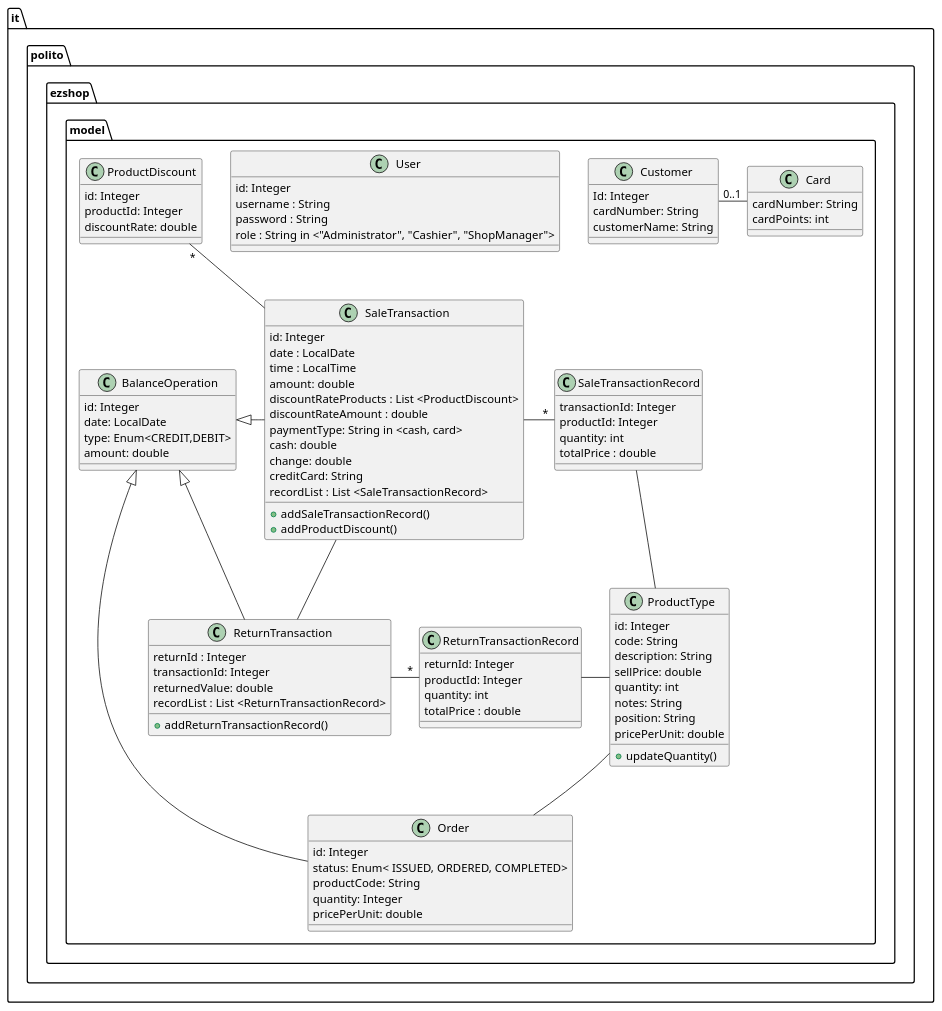
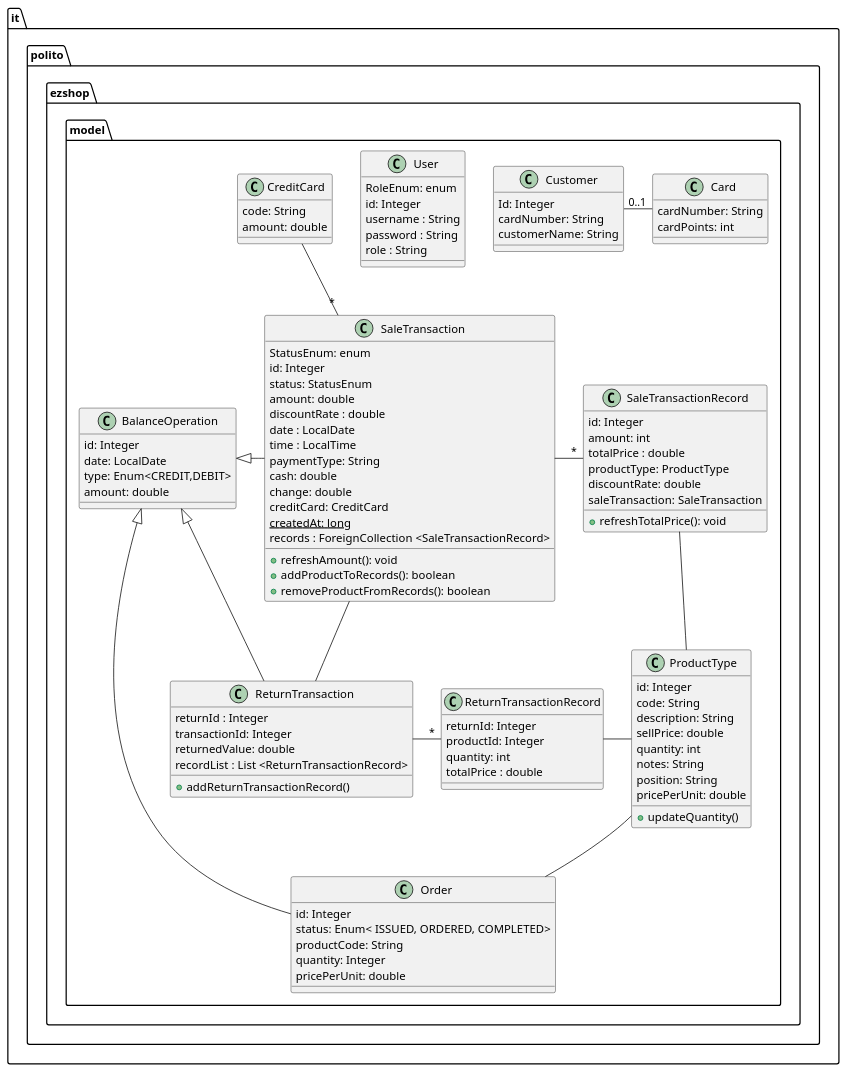
Before and after one commit to paocela/EzShop: the third of 29 diagrams in Deliverables/DesignDocument.md, drawn with PlantUML. The commit also changed other lines of this file, not shown here.

Commit message:
fix(DesignDocument): Updated model design for EZShop, User, SaleTransaction, SaleTransactionRecord. Created model design for CreditCard.

```diff
--- a/Deliverables/DesignDocument.md
+++ b/Deliverables/DesignDocument.md
@@ -165,10 +185,11 @@
 
     }
     class User {
+        RoleEnum: enum
         id: Integer
         username : String   
         password : String
-        role : String in <"Administrator", "Cashier", "ShopManager">
+        role : String
 
     }
     class ProductType {
@@ -185,28 +206,35 @@
 
     }
     class SaleTransaction {
+    
+        StatusEnum: enum
         id: Integer
+        status: StatusEnum
+        amount: double
+        discountRate : double
         date : LocalDate
         time : LocalTime
-        amount: double
-        discountRateProducts : List <ProductDiscount>
-        discountRateAmount : double
-        paymentType: String in <cash, card>
+        paymentType: String
         cash: double
         change: double
-        creditCard: String
-        recordList : List <SaleTransactionRecord>
-        + addSaleTransactionRecord()
-        + addProductDiscount()
+        creditCard: CreditCard
+        {static} createdAt: long
+        records : ForeignCollection <SaleTransactionRecord>
+        + refreshAmount(): void
+        + addProductToRecords(): boolean
+        + removeProductFromRecords(): boolean
 
     }
     class SaleTransactionRecord {
-        transactionId: Integer
-        productId: Integer
-        quantity: int
+        id: Integer
+        amount: int
         totalPrice : double
-
+        productType: ProductType
+        discountRate: double
+        saleTransaction: SaleTransaction
+        + refreshTotalPrice(): void
     }
+    
     class ReturnTransaction {
         returnId : Integer
         transactionId: Integer
@@ -222,12 +250,7 @@
         totalPrice : double
 
     }
-    class ProductDiscount {
-        id: Integer
-        productId: Integer
-        discountRate: double
-
-    }
+   
     class Order {
         id: Integer
         status: Enum< ISSUED, ORDERED, COMPLETED>
@@ -243,11 +266,16 @@
         amount: double
 
     }
+    
+    class CreditCard {
+       code: String
+       amount: double
+    }
 }
 
 SaleTransaction - "*" SaleTransactionRecord
 ReturnTransaction - "*" ReturnTransactionRecord
-ProductDiscount "*" -- SaleTransaction 
+CreditCard  -- "*" SaleTransaction 
 SaleTransactionRecord -- ProductType
 ReturnTransactionRecord - ProductType
 
```
